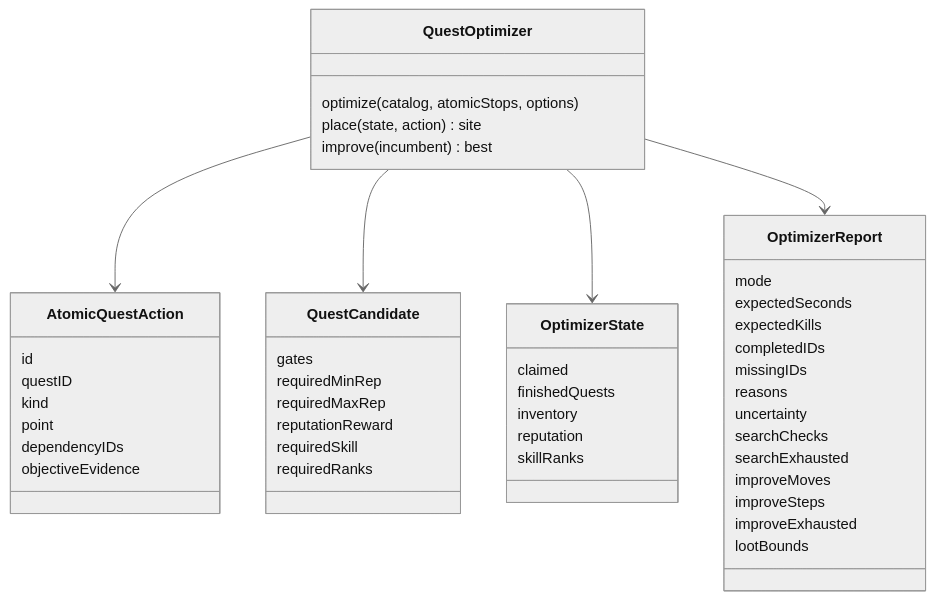
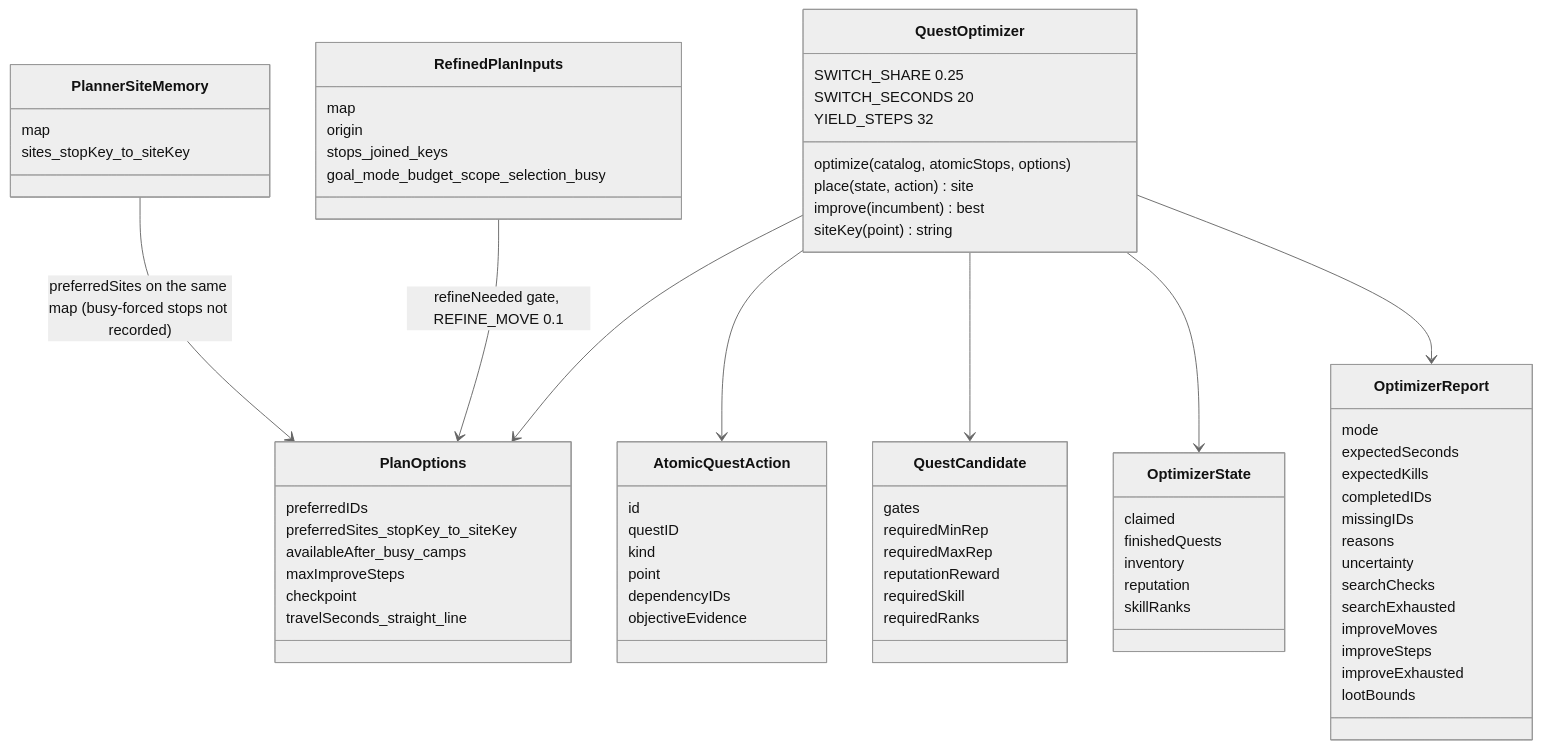
Before and after one commit to YodaGitMaster/QuestSharing: diagram 24 of 28 in context/architecture.md, drawn with Mermaid (neutral theme). The commit also changed other lines of this file and 90 other files, not shown here.

````diff
--- a/context/architecture.md
+++ b/context/architecture.md
@@ -780,50 +696,75 @@
 ```mermaid
 classDiagram
     class QuestOptimizer {
         optimize(catalog, atomicStops, options)
         place(state, action) site
         improve(incumbent) best
+        siteKey(point) string
+        SWITCH_SHARE 0.25
+        SWITCH_SECONDS 20
+        YIELD_STEPS 32
     }
+    class PlanOptions {
+        preferredIDs
+        preferredSites_stopKey_to_siteKey
+        availableAfter_busy_camps
+        maxImproveSteps
+        checkpoint
+        travelSeconds_straight_line
+    }
+    class PlannerSiteMemory {
+        map
+        sites_stopKey_to_siteKey
+    }
+    class RefinedPlanInputs {
+        map
+        origin
+        stops_joined_keys
+        goal_mode_budget_scope_selection_busy
+    }
+    QuestOptimizer --> PlanOptions
+    PlannerSiteMemory --> PlanOptions : preferredSites on the same map (busy-forced stops not recorded)
+    RefinedPlanInputs --> PlanOptions : refineNeeded gate, REFINE_MOVE 0.1
     class AtomicQuestAction {
         id
         questID
         kind
         point
         dependencyIDs
         objectiveEvidence
     }
     class QuestCandidate {
         gates
         requiredMinRep
         requiredMaxRep
         reputationReward
         requiredSkill
         requiredRanks
     }
     class OptimizerState {
         claimed
         finishedQuests
         inventory
         reputation
         skillRanks
     }
     class OptimizerReport {
         mode
         expectedSeconds
         expectedKills
         completedIDs
         missingIDs
         reasons
         uncertainty
         searchChecks
         searchExhausted
         improveMoves
         improveSteps
         improveExhausted
         lootBounds
     }
     QuestOptimizer --> AtomicQuestAction
     QuestOptimizer --> QuestCandidate
     QuestOptimizer --> OptimizerState
     QuestOptimizer --> OptimizerReport
 ```
````
